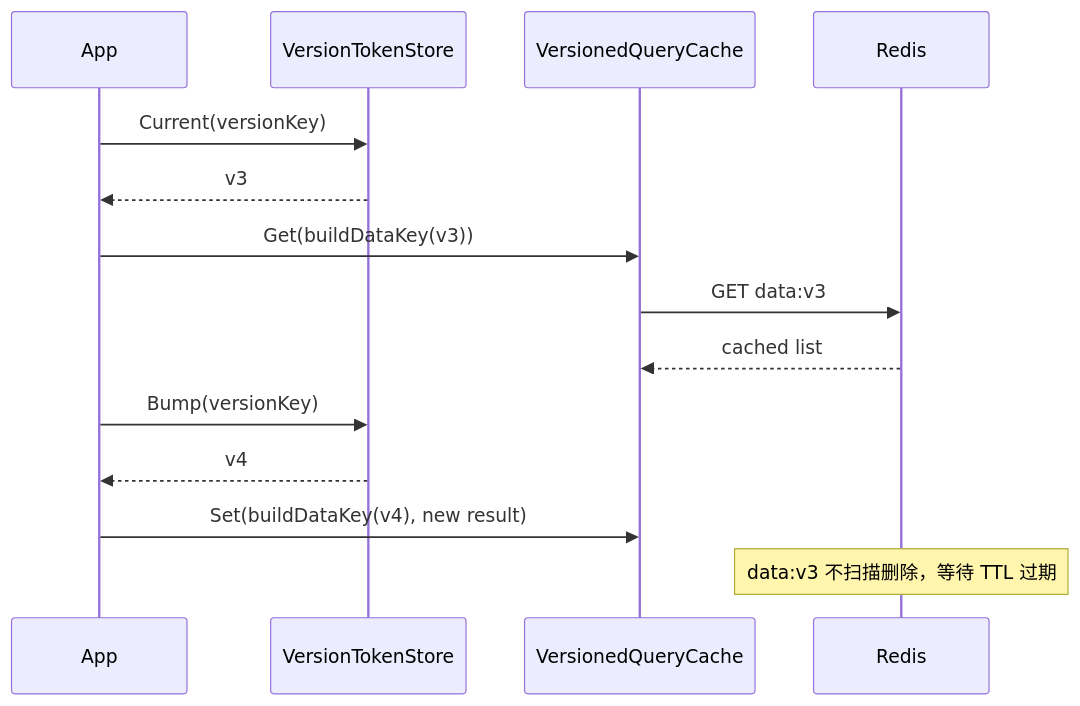
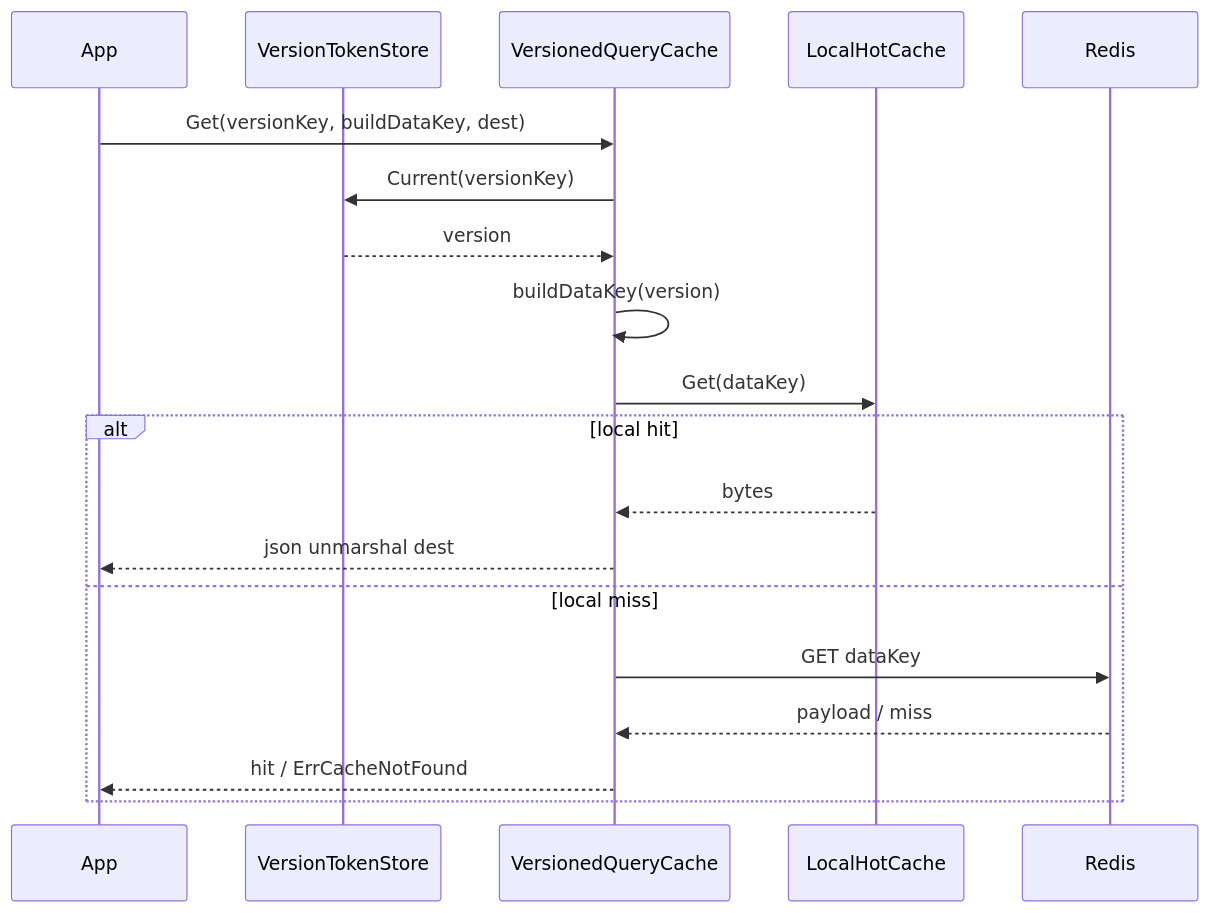
The second of 5 diagrams in docs/03-基础设施/redis/04-QueryCache与StaticList.md (FangcunMount/qs-server), drawn with Mermaid before and after one commit. The commit also changed other lines of this file and 10 other files, not shown here.

````diff
--- a/docs/03-基础设施/redis/04-QueryCache与StaticList.md
+++ b/docs/03-基础设施/redis/04-QueryCache与StaticList.md
@@ -17,17 +98,22 @@
 ```mermaid
 sequenceDiagram
     participant App
-    participant V as VersionTokenStore
-    participant QC as VersionedQueryCache
-    participant Redis
+    participant Store as VersionTokenStore
+    participant Cache as VersionedQueryCache
+    participant Mem as LocalHotCache
+    participant Redis as Redis
 
-    App->>V: Current(versionKey)
-    V-->>App: v3
-    App->>QC: Get(buildDataKey(v3))
-    QC->>Redis: GET data:v3
-    Redis-->>QC: cached list
-    App->>V: Bump(versionKey)
-    V-->>App: v4
-    App->>QC: Set(buildDataKey(v4), new result)
-    Note over Redis: data:v3 不扫描删除，等待 TTL 过期
+    App->>Cache: Get(versionKey, buildDataKey, dest)
+    Cache->>Store: Current(versionKey)
+    Store-->>Cache: version
+    Cache->>Cache: buildDataKey(version)
+    Cache->>Mem: Get(dataKey)
+    alt local hit
+        Mem-->>Cache: bytes
+        Cache-->>App: json unmarshal dest
+    else local miss
+        Cache->>Redis: GET dataKey
+        Redis-->>Cache: payload / miss
+        Cache-->>App: hit / ErrCacheNotFound
+    end
 ```
````
